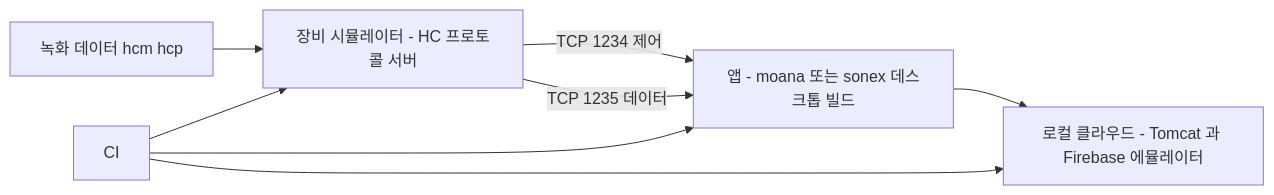
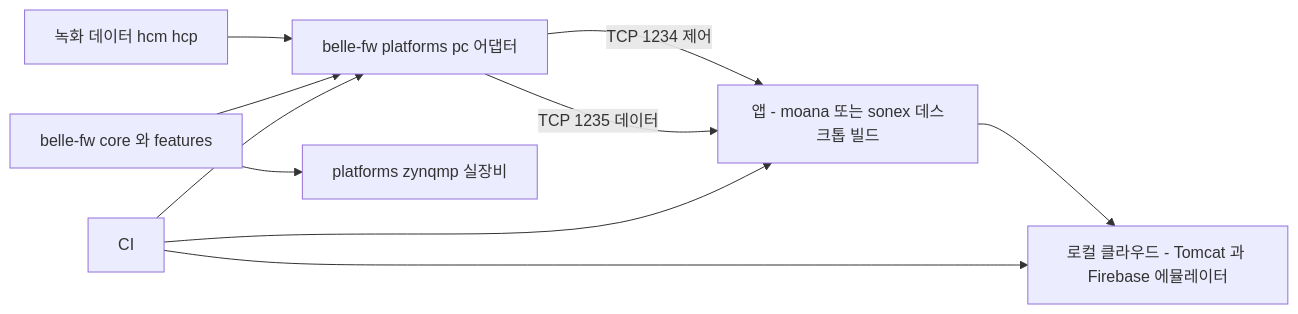
The first of 2 diagrams in docs/refactoring/emulator-e2e.md (beomsikpark/healcerion-platform), drawn with Mermaid before and after one commit. The commit also changed other lines of this file and 7 other files, not shown here.

````diff
--- a/docs/refactoring/emulator-e2e.md
+++ b/docs/refactoring/emulator-e2e.md
@@ -16,15 +46,12 @@
 ```mermaid
 flowchart LR
-    rec[녹화 데이터 hcm hcp]
-    sim[장비 시뮬레이터 - HC 프로토콜 서버]
-    app[앱 - moana 또는 sonex 데스크톱 빌드]
-    cloud[로컬 클라우드 - Tomcat 과 Firebase 에뮬레이터]
-    ci[CI]
-    rec --> sim
-    sim -->|TCP 1234 제어| app
-    sim -->|TCP 1235 데이터| app
-    app --> cloud
-    ci --> sim
+    rec[녹화 데이터 hcm hcp] --> pc[belle-fw platforms pc 어댑터]
+    core[belle-fw core 와 features] --> pc
+    core --> zynq[platforms zynqmp 실장비]
+    pc -->|TCP 1234 제어| app[앱 - moana 또는 sonex 데스크톱 빌드]
+    pc -->|TCP 1235 데이터| app
+    app --> cloud[로컬 클라우드 - Tomcat 과 Firebase 에뮬레이터]
+    ci[CI] --> pc
     ci --> app
     ci --> cloud
 ```
````
